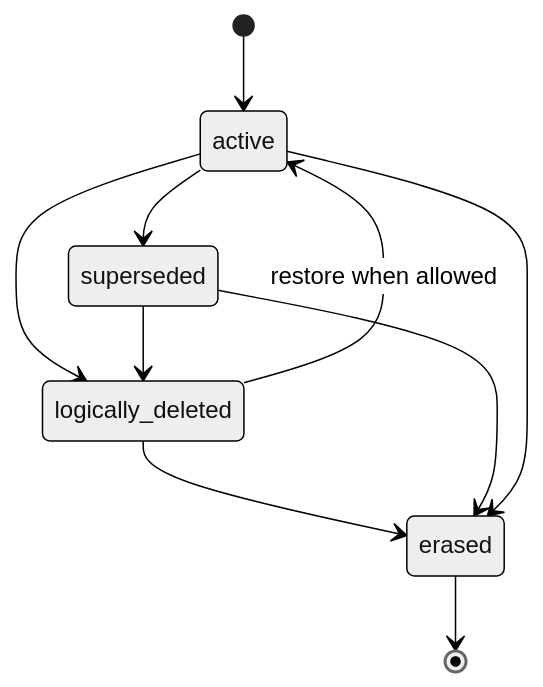
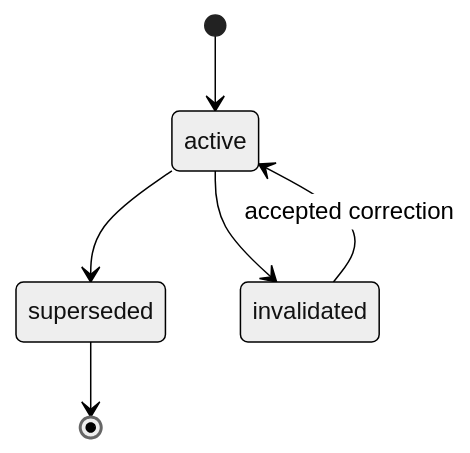
One commit to wzw57/OpenShadow changed the third of 6 diagrams in docs/state-machines.md. Above: the diagram before and after it, drawn with Mermaid (neutral theme). The commit also changed other lines of this file and 68 other files, not shown here.

```diff
--- a/docs/state-machines.md
+++ b/docs/state-machines.md
@@ -103,12 +115,8 @@
 ~~~mermaid
 stateDiagram-v2
     [*] --> active
     active --> superseded
-    active --> logically_deleted
-    superseded --> logically_deleted
-    logically_deleted --> active: restore when allowed
-    logically_deleted --> erased
-    superseded --> erased
-    active --> erased
-    erased --> [*]
+    active --> invalidated
+    invalidated --> active: accepted correction
+    superseded --> [*]
 ~~~
```
